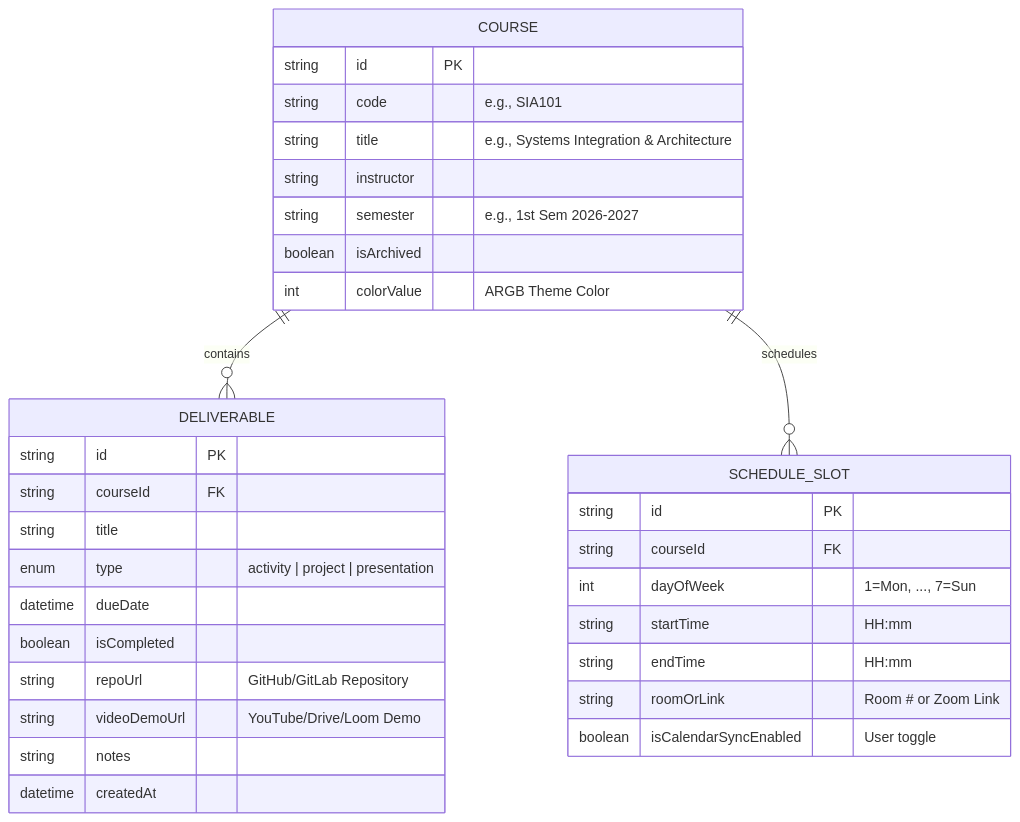
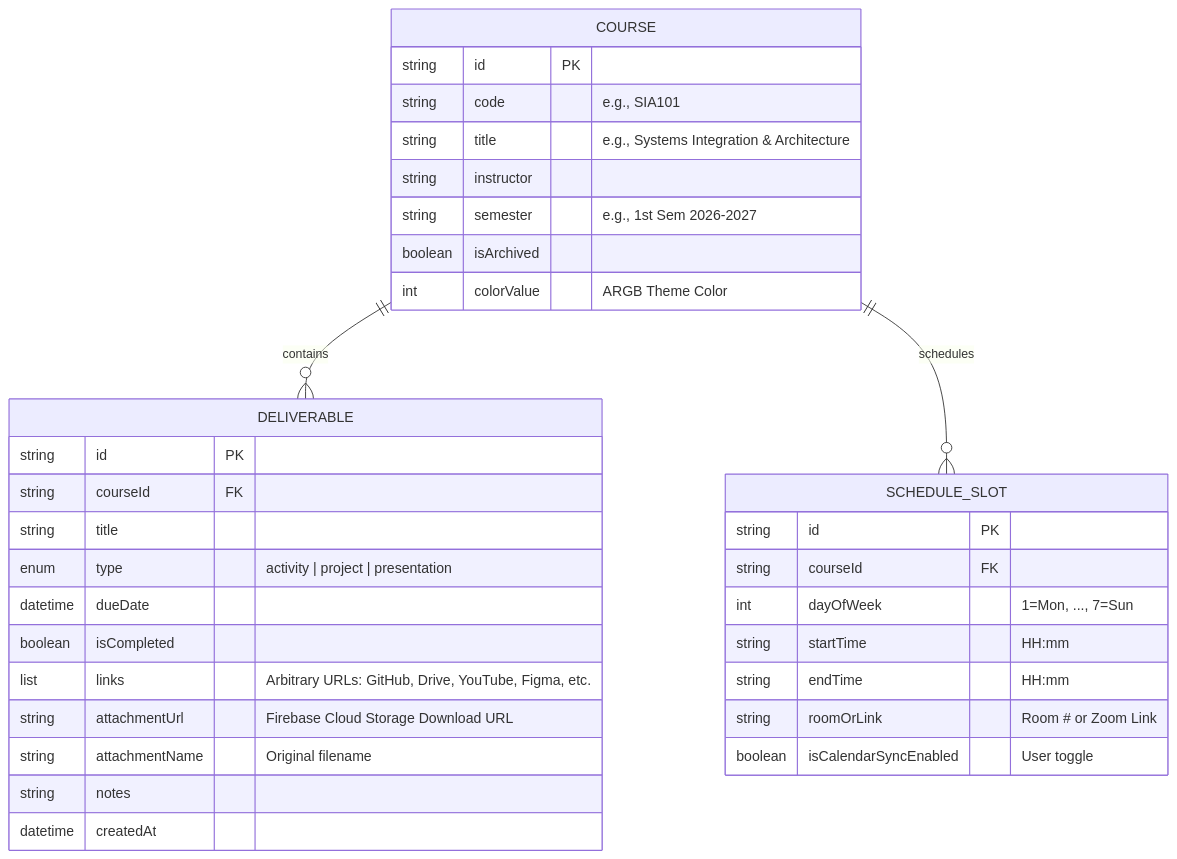
The diagram in ARCHITECTURE.md (benhrnndz/app-storage), drawn with Mermaid before and after one commit. The commit also changed other lines of this file, not shown here.

Commit message:
docs(architecture): document cloud storage integration and flexible multi-link submissions

````diff
--- a/ARCHITECTURE.md
+++ b/ARCHITECTURE.md
@@ -53,38 +53,39 @@
 ```mermaid
 erDiagram
     COURSE ||--o{ DELIVERABLE : contains
     COURSE ||--o{ SCHEDULE_SLOT : schedules
 
     COURSE {
         string id PK
         string code "e.g., SIA101"
         string title "e.g., Systems Integration & Architecture"
         string instructor
         string semester "e.g., 1st Sem 2026-2027"
         boolean isArchived
         int colorValue "ARGB Theme Color"
     }
 
     DELIVERABLE {
         string id PK
         string courseId FK
         string title
         enum type "activity | project | presentation"
         datetime dueDate
         boolean isCompleted
-        string repoUrl "GitHub/GitLab Repository"
-        string videoDemoUrl "YouTube/Drive/Loom Demo"
+        list links "Arbitrary URLs: GitHub, Drive, YouTube, Figma, etc."
+        string attachmentUrl "Firebase Cloud Storage Download URL"
+        string attachmentName "Original filename"
         string notes
         datetime createdAt
     }
 
     SCHEDULE_SLOT {
         string id PK
         string courseId FK
         int dayOfWeek "1=Mon, ..., 7=Sun"
         string startTime "HH:mm"
         string endTime "HH:mm"
         string roomOrLink "Room # or Zoom Link"
         boolean isCalendarSyncEnabled "User toggle"
     }
 ```
````
